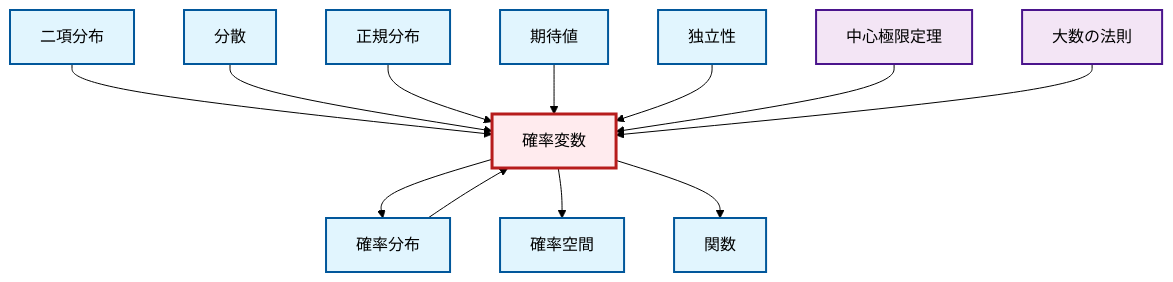
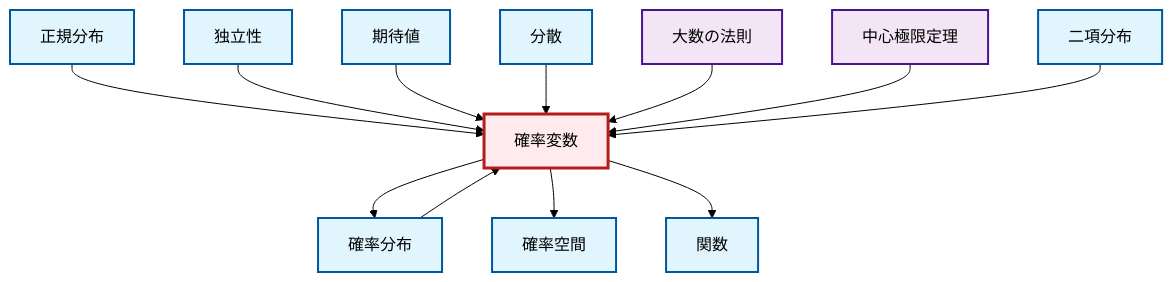
One commit to RK0429/ModernMath changed the diagram in output/mermaid/ja/def-random-variable.mermaid. Above: the diagram before and after it, drawn with Mermaid (forest theme). The commit also changed other lines of this file and 3108 other files, not shown here.

```diff
--- a/output/mermaid/ja/def-random-variable.mermaid
+++ b/output/mermaid/ja/def-random-variable.mermaid
@@ -1,29 +1,29 @@
 graph TD
     classDef definition fill:#e1f5fe,stroke:#01579b,stroke-width:2px
     classDef theorem fill:#f3e5f5,stroke:#4a148c,stroke-width:2px
     classDef axiom fill:#fff3e0,stroke:#e65100,stroke-width:2px
     classDef example fill:#e8f5e9,stroke:#1b5e20,stroke-width:2px
     classDef current fill:#ffebee,stroke:#b71c1c,stroke-width:3px
+    def-binomial-distribution["二項分布"]:::definition
+    def-normal-distribution["正規分布"]:::definition
+    def-probability-space["確率空間"]:::definition
     def-variance["分散"]:::definition
+    thm-law-of-large-numbers["大数の法則"]:::theorem
+    def-independence["独立性"]:::definition
+    def-probability-distribution["確率分布"]:::definition
+    def-random-variable["確率変数"]:::definition
+    def-expectation["期待値"]:::definition
     thm-central-limit["中心極限定理"]:::theorem
-    thm-law-of-large-numbers["大数の法則"]:::theorem
-    def-binomial-distribution["二項分布"]:::definition
-    def-expectation["期待値"]:::definition
     def-function["関数"]:::definition
-    def-independence["独立性"]:::definition
-    def-normal-distribution["正規分布"]:::definition
-    def-probability-distribution["確率分布"]:::definition
-    def-probability-space["確率空間"]:::definition
-    def-random-variable["確率変数"]:::definition
     def-random-variable --> def-probability-distribution
+    def-random-variable --> def-probability-space
+    def-normal-distribution --> def-random-variable
+    def-probability-distribution --> def-random-variable
+    def-independence --> def-random-variable
+    def-expectation --> def-random-variable
+    def-variance --> def-random-variable
+    def-random-variable --> def-function
+    thm-law-of-large-numbers --> def-random-variable
+    thm-central-limit --> def-random-variable
     def-binomial-distribution --> def-random-variable
-    def-variance --> def-random-variable
-    def-normal-distribution --> def-random-variable
-    def-expectation --> def-random-variable
-    def-random-variable --> def-probability-space
-    def-independence --> def-random-variable
-    def-random-variable --> def-function
-    thm-central-limit --> def-random-variable
-    def-probability-distribution --> def-random-variable
-    thm-law-of-large-numbers --> def-random-variable
     class def-random-variable current
```
